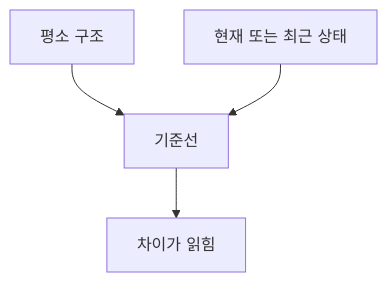
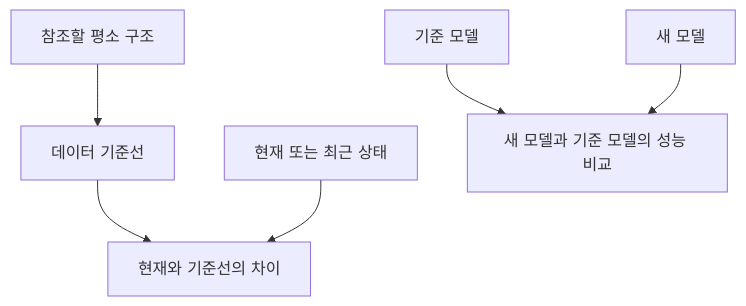
The diagram in docs/assets/part-03/chapter-07/p3-7-3-mermaid-01-ko.mmd (devchan64/AiBook), drawn with Mermaid before and after one commit. The commit also changed 216 other files, not shown here.

Commit message:
Review Part 3 explanations and improve diagram readability

````diff
--- a/docs/assets/part-03/chapter-07/p3-7-3-mermaid-01-ko.mmd
+++ b/docs/assets/part-03/chapter-07/p3-7-3-mermaid-01-ko.mmd
@@ -1,11 +1,8 @@
 ```mermaid
 flowchart TD
-    U[평소 구조]
-    C[현재 또는 최근 상태]
-    B[기준선]
-    D[차이가 읽힘]
-
-    U --> B
-    C --> B
-    B --> D
+    U[참조할 평소 구조] --> B[데이터 기준선]
+    B --> D[현재와 기준선의 차이]
+    C[현재 또는 최근 상태] --> D
+    M[기준 모델] --> E[새 모델과 기준 모델의 성능 비교]
+    N[새 모델] --> E
 ```
````
